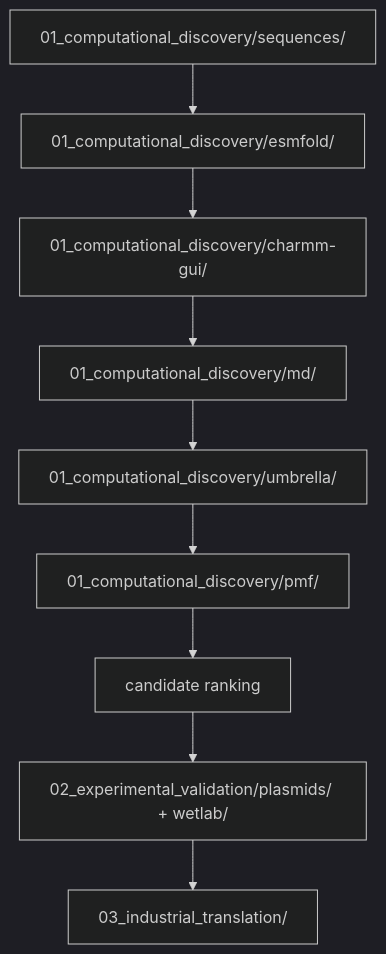
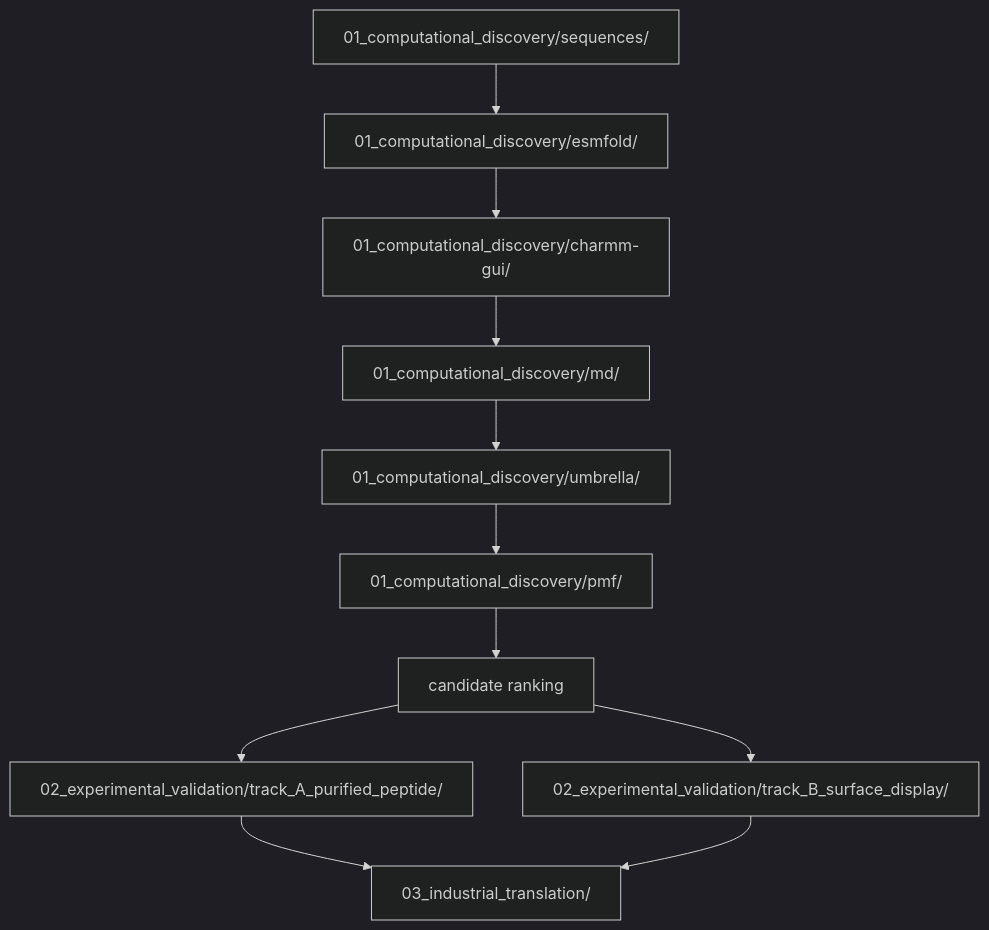
The first of 2 diagrams in 06_shared/docs/repository_guide.md (jackyissocute/LiSPER), drawn with Mermaid (dark theme) before and after one commit. The commit also changed other lines of this file and 76 other files, not shown here.

````diff
--- a/06_shared/docs/repository_guide.md
+++ b/06_shared/docs/repository_guide.md
@@ -7,11 +7,13 @@
 ```mermaid
 flowchart TD
     A["01_computational_discovery/sequences/"] --> B["01_computational_discovery/esmfold/"]
     B --> C["01_computational_discovery/charmm-gui/"]
     C --> D["01_computational_discovery/md/"]
     D --> E["01_computational_discovery/umbrella/"]
     E --> F["01_computational_discovery/pmf/"]
     F --> G["candidate ranking"]
-    G --> H["02_experimental_validation/plasmids/ + wetlab/"]
-    H --> I["03_industrial_translation/"]
+    G --> H["02_experimental_validation/track_A_purified_peptide/"]
+    G --> I["02_experimental_validation/track_B_surface_display/"]
+    H --> J["03_industrial_translation/"]
+    I --> J
 ```
````
